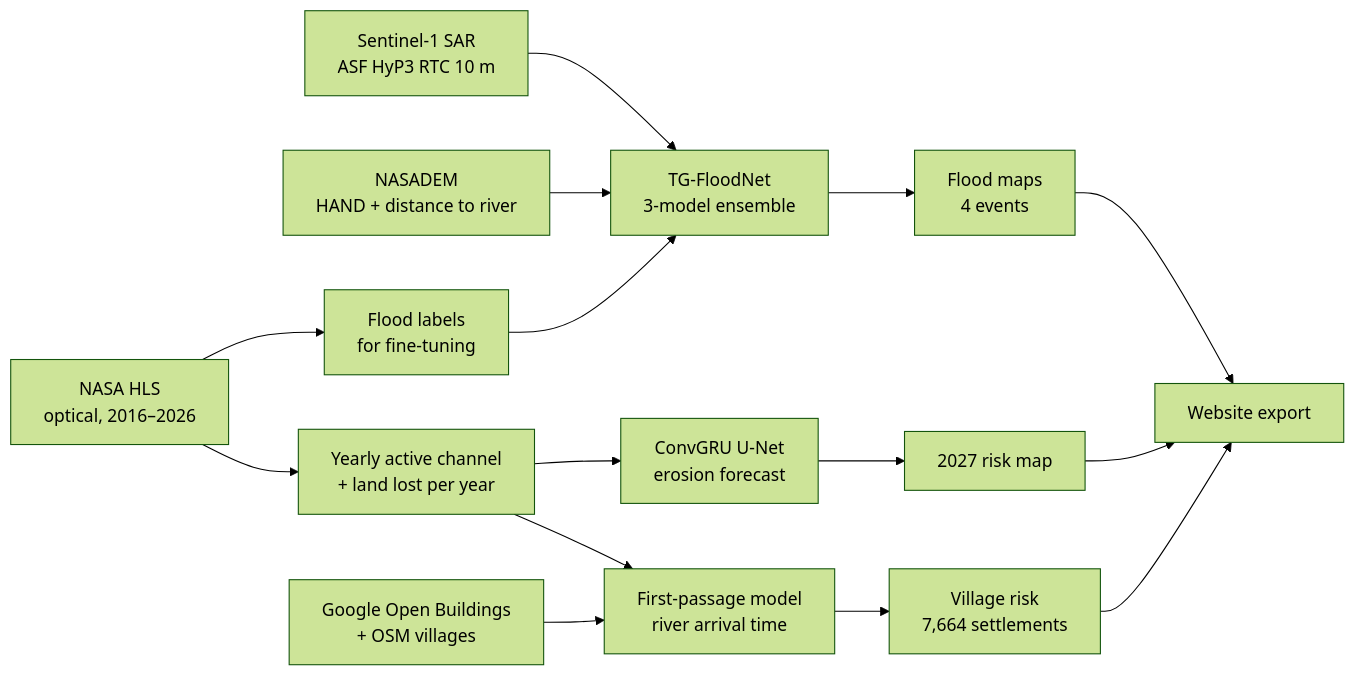
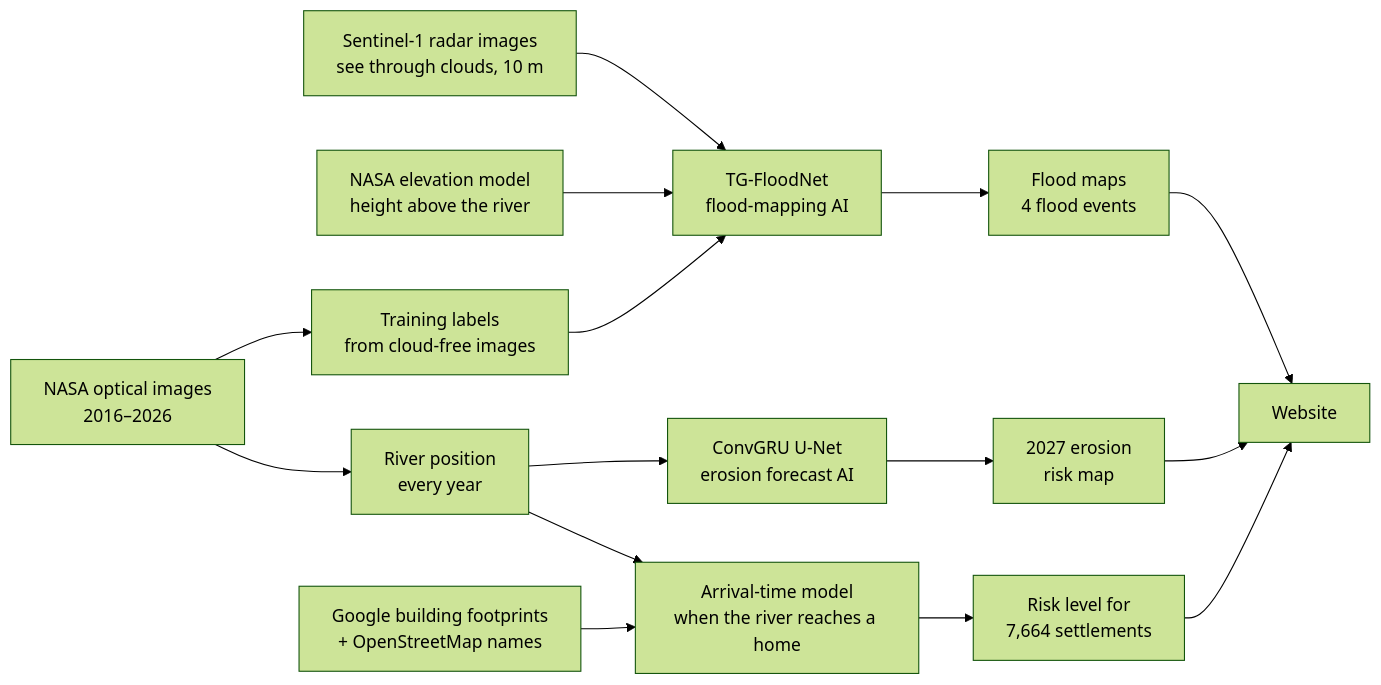
Before and after one commit to AayatHossain/teestawatch: the diagram in README.md, drawn with Mermaid (forest theme). The commit also changed other lines of this file, not shown here.

Commit message:
README: my role, plain-language diagram, glossary, full TG-FloodNet description

````diff
--- a/README.md
+++ b/README.md
@@ -37,17 +48,17 @@
 ```mermaid
 flowchart LR
-    A[Sentinel-1 SAR<br/>ASF HyP3 RTC 10 m] --> F[TG-FloodNet<br/>3-model ensemble]
-    B[NASADEM<br/>HAND + distance to river] --> F
-    C[NASA HLS<br/>optical, 2016–2026] --> L[Flood labels<br/>for fine-tuning]
+    A["Sentinel-1 radar images<br/>see through clouds, 10 m"] --> F["TG-FloodNet<br/>flood-mapping AI"]
+    B["NASA elevation model<br/>height above the river"] --> F
+    C["NASA optical images<br/>2016–2026"] --> L["Training labels<br/>from cloud-free images"]
     L --> F
-    F --> FM[Flood maps<br/>4 events]
-    C --> CH[Yearly active channel<br/>+ land lost per year]
-    CH --> E[ConvGRU U-Net<br/>erosion forecast]
-    E --> EM[2027 risk map]
-    CH --> V[First-passage model<br/>river arrival time]
-    G[Google Open Buildings<br/>+ OSM villages] --> V
-    V --> VR[Village risk<br/>7,664 settlements]
-    FM --> W[Website export]
+    F --> FM["Flood maps<br/>4 flood events"]
+    C --> CH["River position<br/>every year"]
+    CH --> E["ConvGRU U-Net<br/>erosion forecast AI"]
+    E --> EM["2027 erosion<br/>risk map"]
+    CH --> V["Arrival-time model<br/>when the river reaches a home"]
+    G["Google building footprints<br/>+ OpenStreetMap names"] --> V
+    V --> VR["Risk level for<br/>7,664 settlements"]
+    FM --> W["Website"]
     EM --> W
     VR --> W
 ```
````
